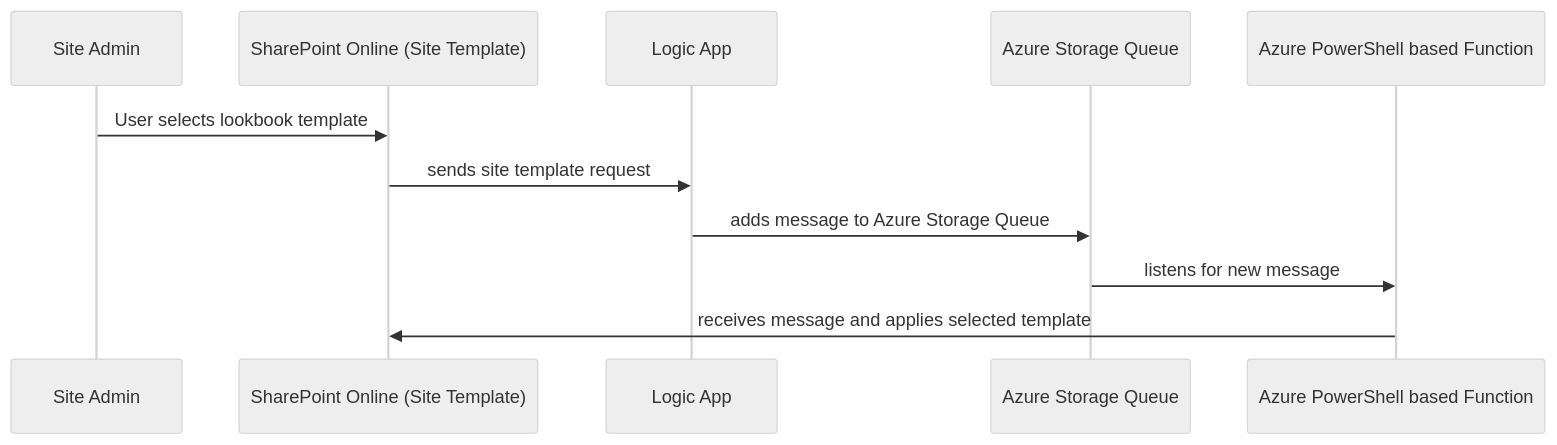
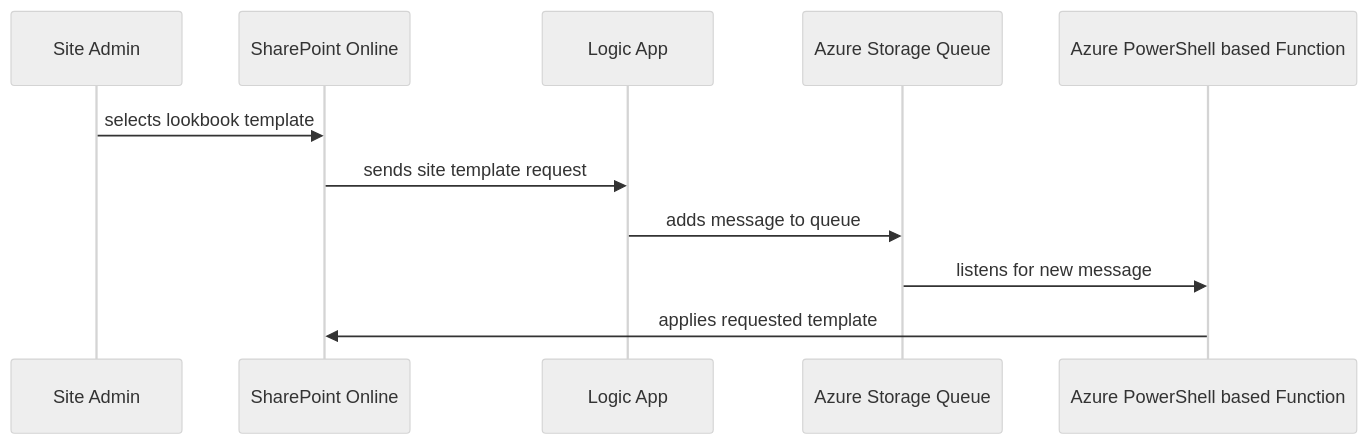
One commit to joerodgers/spo-lookbook-template-applicator changed the diagram in README.md. Above: the diagram before and after it, drawn with Mermaid (neutral theme).

````diff
--- a/README.md
+++ b/README.md
@@ -8,13 +8,13 @@
 ```mermaid
 sequenceDiagram
-    user->>spo: User selects lookbook template 
-    participant spo   as SharePoint Online (Site Template)
+    user->>spo: selects lookbook template 
+    participant spo   as SharePoint Online
     participant logic as Logic App
     participant queue as Azure Storage Queue
     participant func  as Azure PowerShell based Function
     participant user  as Site Admin
     spo->>logic:   sends site template request
-    logic->>queue: adds message to Azure Storage Queue
+    logic->>queue: adds message to queue
     queue->>func:  listens for new message
-    func->>spo:    receives message and applies selected template
+    func->>spo:    applies requested template
 ```
````
